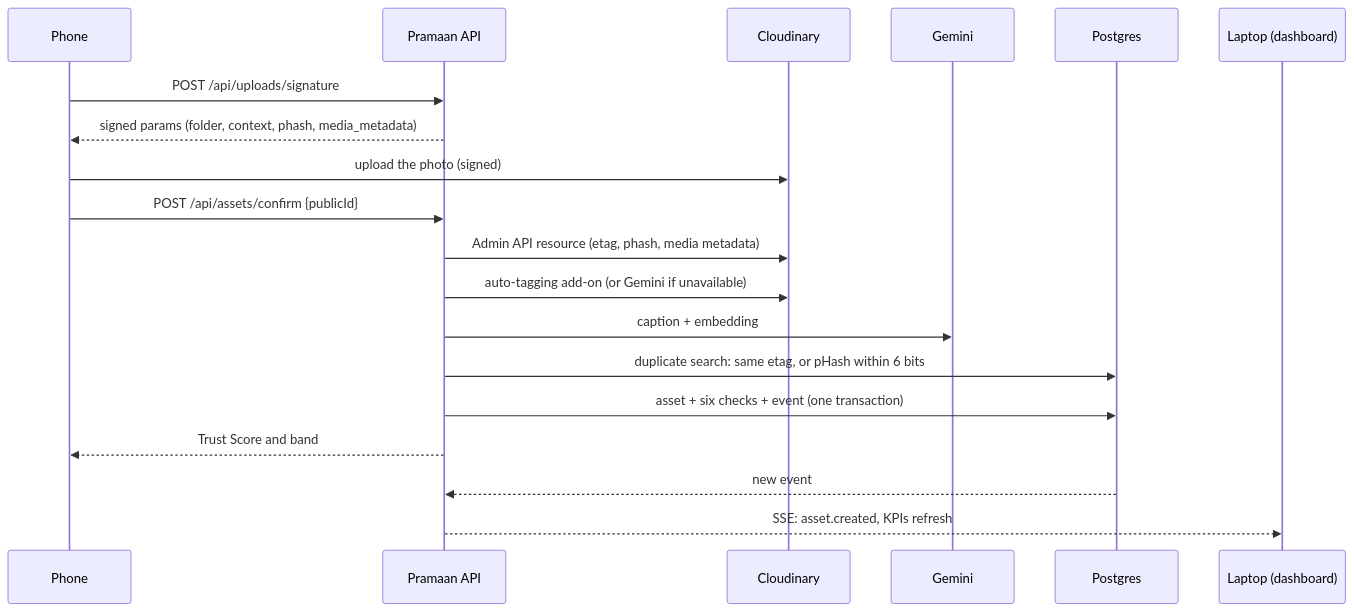
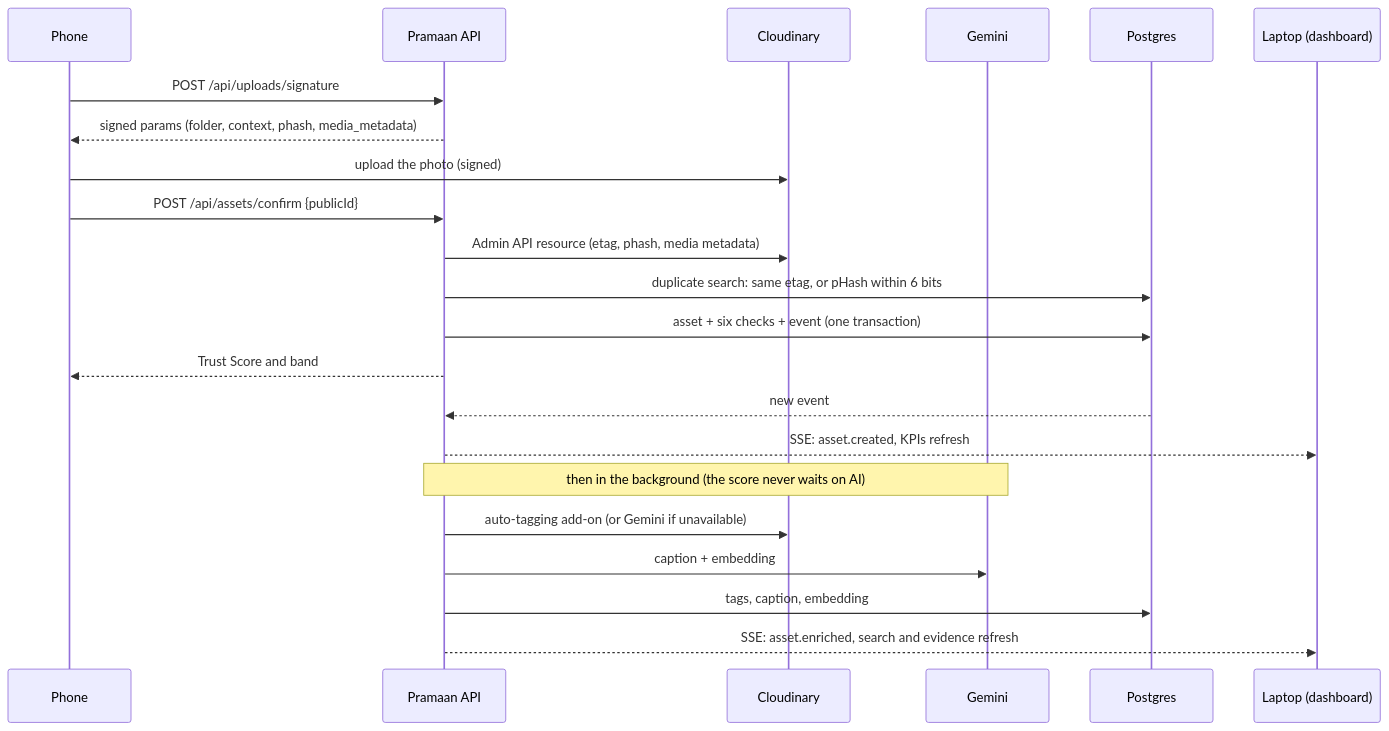
Before and after one commit to amardeepgit8759/Pramaan-Verified-Impact-Evidence-Platform: the second of 2 diagrams in README.md, drawn with Mermaid. The commit also changed other lines of this file and 16 other files, not shown here.

First line of the commit message:
Score uploads without waiting on Gemini; tag and caption in the background

````diff
--- a/README.md
+++ b/README.md
@@ -96,21 +96,24 @@
 ```mermaid
 sequenceDiagram
   participant P as Phone
   participant A as Pramaan API
   participant C as Cloudinary
   participant G as Gemini
   participant D as Postgres
   participant L as Laptop (dashboard)
   P->>A: POST /api/uploads/signature
   A-->>P: signed params (folder, context, phash, media_metadata)
   P->>C: upload the photo (signed)
   P->>A: POST /api/assets/confirm {publicId}
   A->>C: Admin API resource (etag, phash, media metadata)
-  A->>C: auto-tagging add-on (or Gemini if unavailable)
-  A->>G: caption + embedding
   A->>D: duplicate search: same etag, or pHash within 6 bits
   A->>D: asset + six checks + event (one transaction)
   A-->>P: Trust Score and band
   D-->>A: new event
   A-->>L: SSE: asset.created, KPIs refresh
+  Note over A,G: then in the background (the score never waits on AI)
+  A->>C: auto-tagging add-on (or Gemini if unavailable)
+  A->>G: caption + embedding
+  A->>D: tags, caption, embedding
+  A-->>L: SSE: asset.enriched, search and evidence refresh
 ```
````
